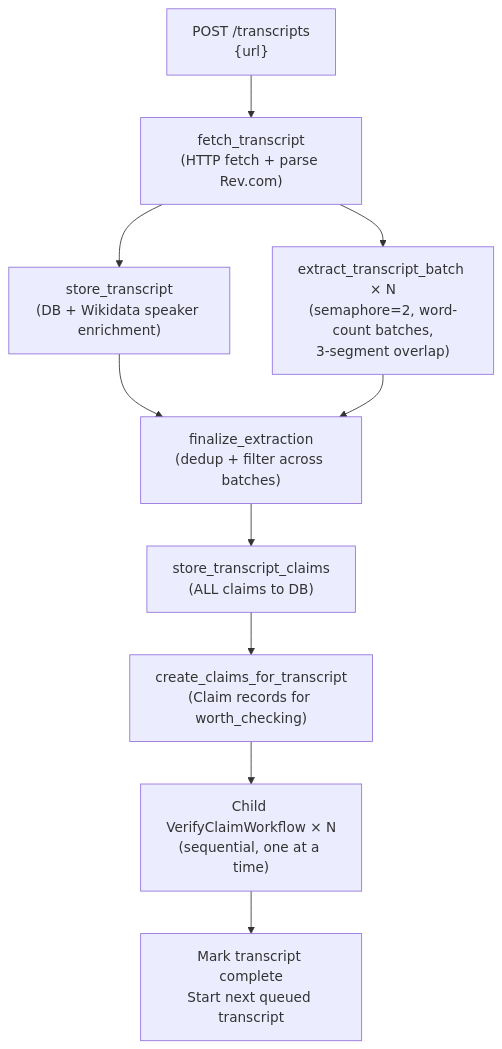
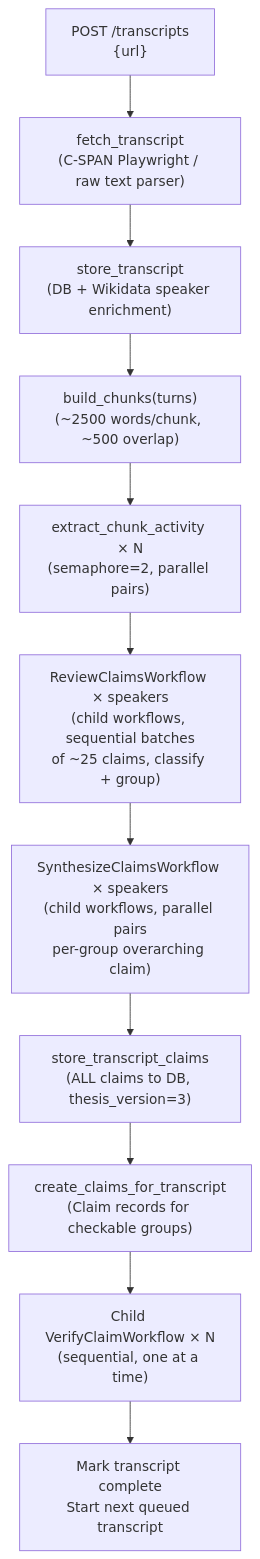
The fifth of 8 diagrams in ARCHITECTURE.md (vedantadhobley/spin-cycle), drawn with Mermaid before and after one commit. The commit also changed other lines of this file and 22 other files, not shown here.

First line of the commit message:
refactor: centralize config, update docs for SpeakerTurn architecture

````diff
--- a/ARCHITECTURE.md
+++ b/ARCHITECTURE.md
@@ -570,12 +583,18 @@
 ```mermaid
 flowchart TD
-    URL["POST /transcripts\n{url}"] --> FETCH["fetch_transcript\n(HTTP fetch + parse Rev.com)"]
+    URL["POST /transcripts\n{url}"] --> FETCH["fetch_transcript\n(C-SPAN Playwright / raw text parser)"]
     FETCH --> STORE["store_transcript\n(DB + Wikidata speaker enrichment)"]
-    FETCH --> BATCH["extract_transcript_batch × N\n(semaphore=2, word-count batches,\n3-segment overlap)"]
-    STORE --> FINAL["finalize_extraction\n(dedup + filter across batches)"]
-    BATCH --> FINAL
-    FINAL --> STCL["store_transcript_claims\n(ALL claims to DB)"]
-    STCL --> CREATE["create_claims_for_transcript\n(Claim records for worth_checking)"]
+
+    STORE --> CHUNK["build_chunks(turns)\n(~2500 words/chunk, ~500 overlap)"]
+
+    CHUNK --> EXTRACT["extract_chunk_activity × N\n(semaphore=2, parallel pairs)"]
+
+    EXTRACT --> REVIEW["ReviewClaimsWorkflow × speakers\n(child workflows, sequential batches\nof ~25 claims, classify + group)"]
+
+    REVIEW --> SYNTH["SynthesizeClaimsWorkflow × speakers\n(child workflows, parallel pairs\nper-group overarching claim)"]
+
+    SYNTH --> STCL["store_transcript_claims\n(ALL claims to DB, thesis_version=3)"]
+    STCL --> CREATE["create_claims_for_transcript\n(Claim records for checkable groups)"]
     CREATE --> VERIFY["Child VerifyClaimWorkflow × N\n(sequential, one at a time)"]
     VERIFY --> DONE["Mark transcript complete\nStart next queued transcript"]
 ```
````
